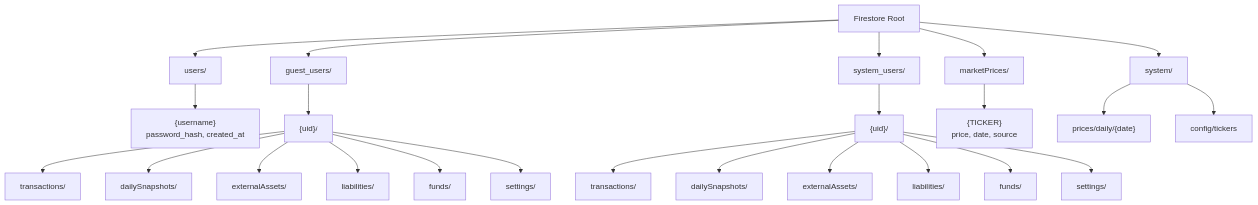
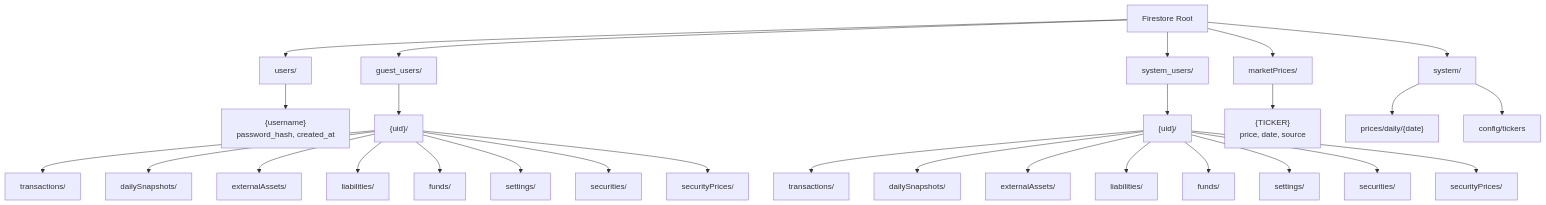
Before and after one commit to huynhphong1611/portfolio_assets_management: the diagram in wiki/Architecture-Database.md, drawn with Mermaid. The commit also changed other lines of this file and 9 other files, not shown here.

````diff
--- a/wiki/Architecture-Database.md
+++ b/wiki/Architecture-Database.md
@@ -9,33 +9,37 @@
 ```mermaid
 graph TD
     ROOT["Firestore Root"]
 
     ROOT --> USERS["users/"]
     ROOT --> GUEST["guest_users/"]
     ROOT --> SYSTEM["system_users/"]
     ROOT --> MARKET["marketPrices/"]
     ROOT --> SYS["system/"]
 
     USERS --> U_DOC["{username}<br/>password_hash, created_at"]
 
     GUEST --> G_UID["{uid}/"]
     G_UID --> G_TX["transactions/"]
     G_UID --> G_SNAP["dailySnapshots/"]
     G_UID --> G_EXT["externalAssets/"]
     G_UID --> G_LIA["liabilities/"]
     G_UID --> G_FUND["funds/"]
     G_UID --> G_SET["settings/"]
+    G_UID --> G_SEC["securities/"]
+    G_UID --> G_PRC["securityPrices/"]
 
     SYSTEM --> S_UID["{uid}/"]
     S_UID --> S_TX["transactions/"]
     S_UID --> S_SNAP["dailySnapshots/"]
     S_UID --> S_EXT["externalAssets/"]
     S_UID --> S_LIA["liabilities/"]
     S_UID --> S_FUND["funds/"]
     S_UID --> S_SET["settings/"]
+    S_UID --> S_SEC["securities/"]
+    S_UID --> S_PRC["securityPrices/"]
 
     MARKET --> M_TICK["{TICKER}<br/>price, date, source"]
 
     SYS --> SYS_PRICES["prices/daily/{date}"]
     SYS --> SYS_CONFIG["config/tickers"]
 ```
````
